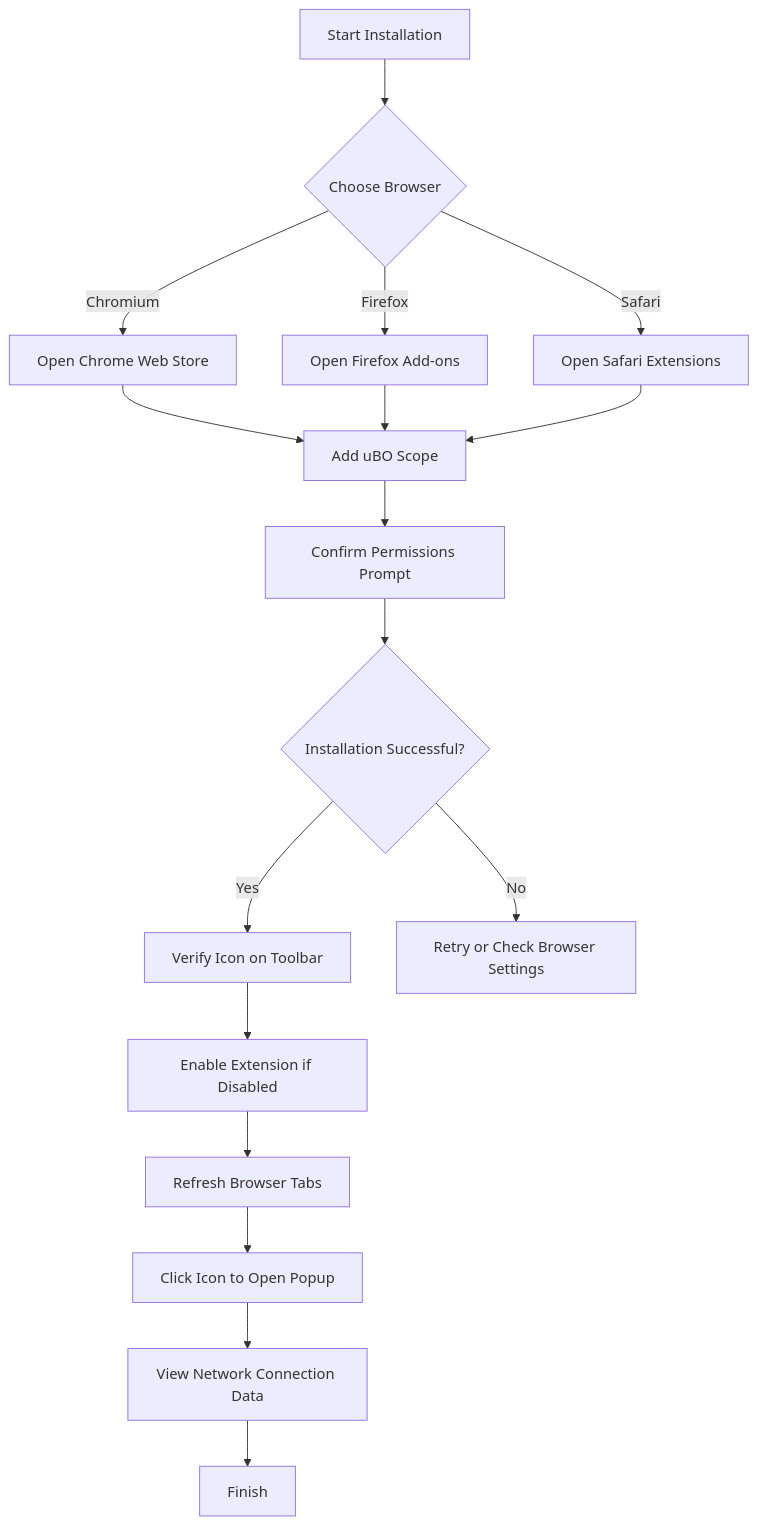
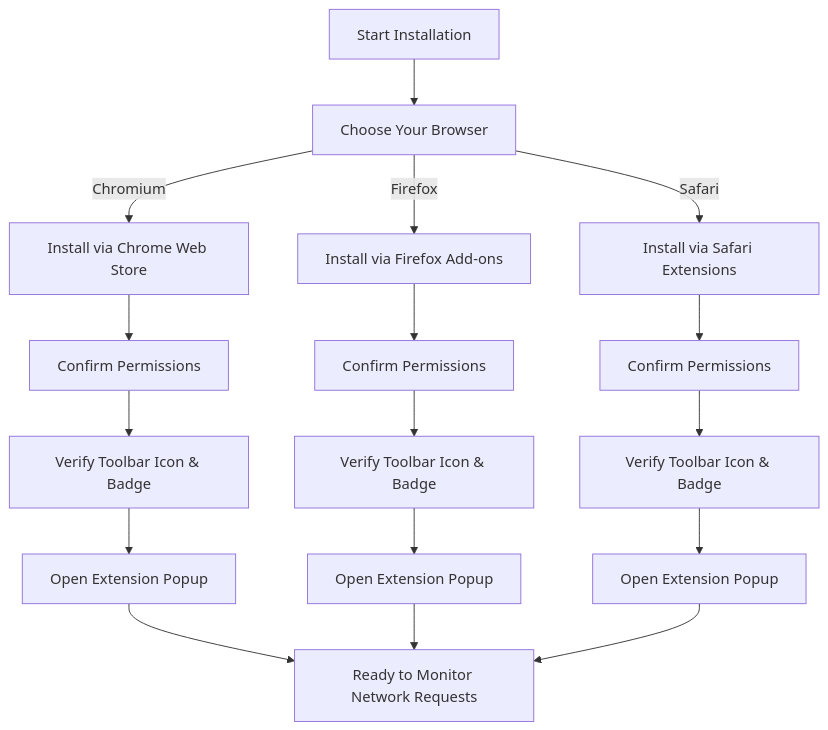
One commit to clidey/docucod-public-project-adf15a81-508f-4f0d-9083-12549e1f66a0 changed the diagram in guides/getting-started/installation-and-setup.mdx. Above: the diagram before and after it, drawn with Mermaid. The commit also changed other lines of this file and 20 other files, not shown here.

````diff
--- a/guides/getting-started/installation-and-setup.mdx
+++ b/guides/getting-started/installation-and-setup.mdx
@@ -198,19 +123,19 @@
 ```mermaid
 flowchart TD
-    A[Start Installation] --> B{Choose Browser}
-    B -->|Chromium| C[Open Chrome Web Store]
-    B -->|Firefox| D[Open Firefox Add-ons]
-    B -->|Safari| E[Open Safari Extensions]
-    C --> F[Add uBO Scope]
-    D --> F
-    E --> F
-    F --> G[Confirm Permissions Prompt]
-    G --> H{Installation Successful?}
-    H -->|Yes| I[Verify Icon on Toolbar]
-    H -->|No| J[Retry or Check Browser Settings]
-    I --> K[Enable Extension if Disabled]
-    K --> L[Refresh Browser Tabs]
-    L --> M[Click Icon to Open Popup]
-    M --> N[View Network Connection Data]
-    N --> O[Finish]
+    Start["Start Installation"] --> ChooseBrowser["Choose Your Browser"]
+    ChooseBrowser -->|Chromium| ChromiumInstall["Install via Chrome Web Store"]
+    ChooseBrowser -->|Firefox| FirefoxInstall["Install via Firefox Add-ons"]
+    ChooseBrowser -->|Safari| SafariInstall["Install via Safari Extensions"]
+    ChromiumInstall --> ConfirmPermissionsChromium["Confirm Permissions"]
+    FirefoxInstall --> ConfirmPermissionsFirefox["Confirm Permissions"]
+    SafariInstall --> ConfirmPermissionsSafari["Confirm Permissions"]
+    ConfirmPermissionsChromium --> VerifyIconChromium["Verify Toolbar Icon & Badge"]
+    ConfirmPermissionsFirefox --> VerifyIconFirefox["Verify Toolbar Icon & Badge"]
+    ConfirmPermissionsSafari --> VerifyIconSafari["Verify Toolbar Icon & Badge"]
+    VerifyIconChromium --> OpenPopupChromium["Open Extension Popup"]
+    VerifyIconFirefox --> OpenPopupFirefox["Open Extension Popup"]
+    VerifyIconSafari --> OpenPopupSafari["Open Extension Popup"]
+    OpenPopupChromium --> End["Ready to Monitor Network Requests"]
+    OpenPopupFirefox --> End
+    OpenPopupSafari --> End
 ```
````
